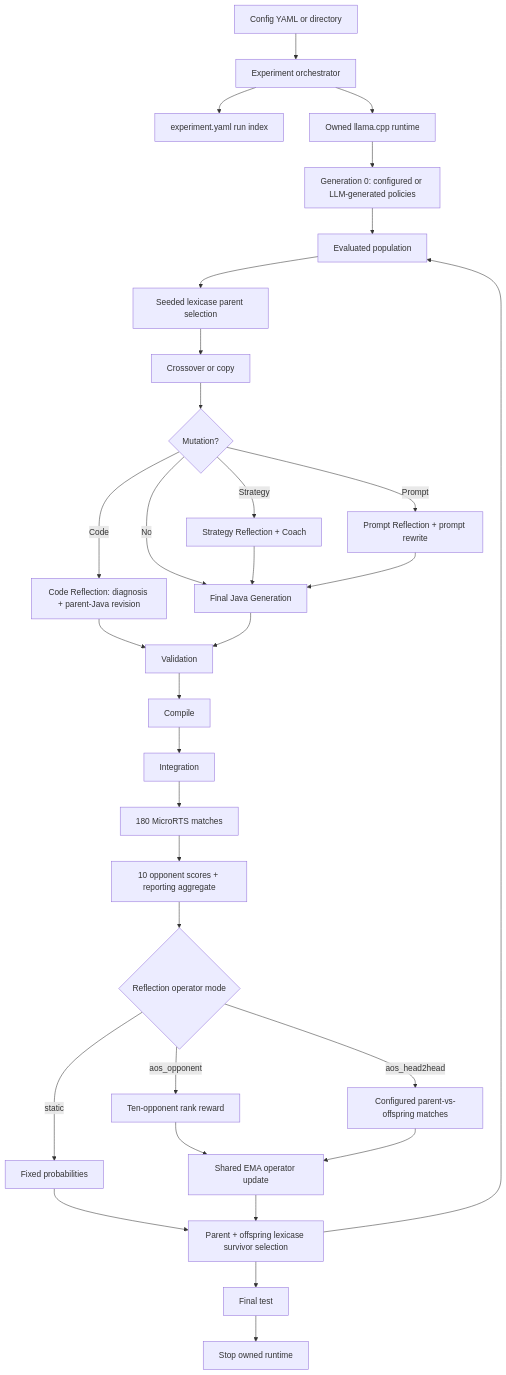
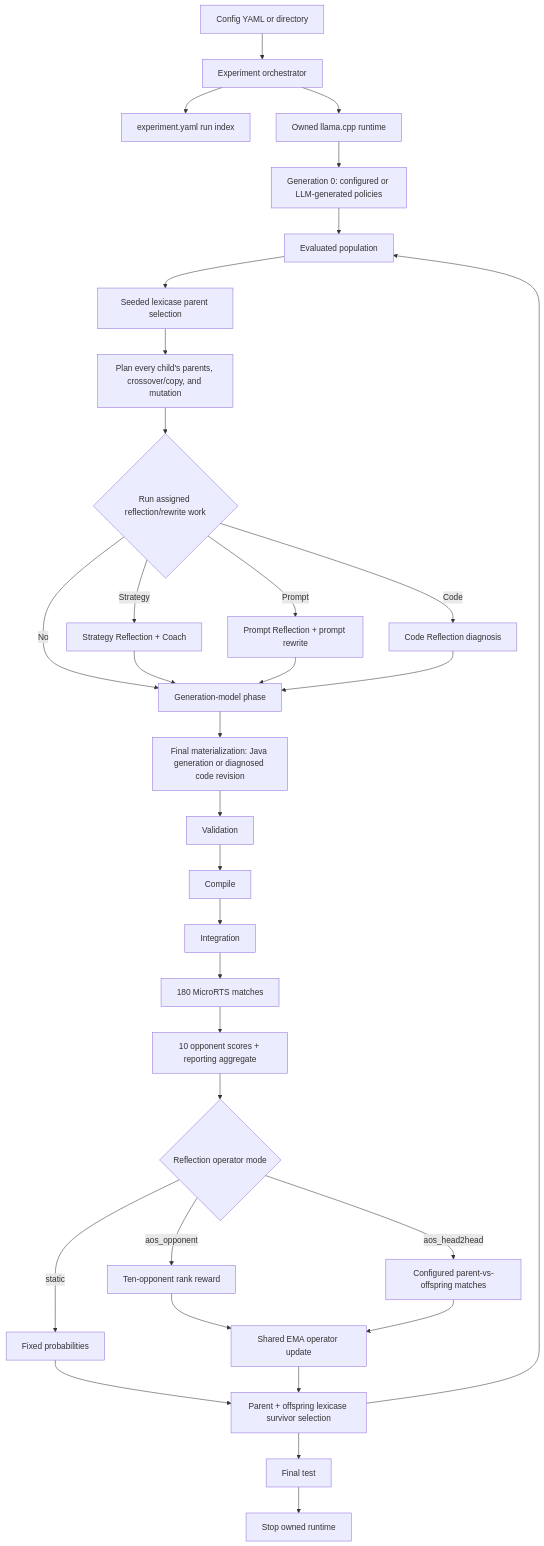
The diagram in docs/architecture/overview.md (sophie8909/EAGLE), drawn with Mermaid before and after one commit. The commit also changed other lines of this file and 30 other files, not shown here.

Commit message:
feat: stage generation-wide Java materialization

````diff
--- a/docs/architecture/overview.md
+++ b/docs/architecture/overview.md
@@ -25,31 +27,32 @@
 ```mermaid
 flowchart TD
     CFG["Config YAML or directory"] --> L["Experiment orchestrator"]
     L --> RI["experiment.yaml run index"]
     L --> RT["Owned llama.cpp runtime"]
     RT --> Z["Generation 0: configured or LLM-generated policies"]
     Z --> P
     P["Evaluated population"] --> S["Seeded lexicase parent selection"]
-    S --> X["Crossover or copy"]
-    X --> M{"Mutation?"}
+    S --> X["Plan every child's parents, crossover/copy, and mutation"]
+    X --> M{"Run assigned reflection/rewrite work"}
     M -->|Strategy| SR["Strategy Reflection + Coach"]
     M -->|Prompt| PR["Prompt Reflection + prompt rewrite"]
-    M -->|Code| CR["Code Reflection: diagnosis + parent-Java revision"]
-    M -->|No| G["Final Java Generation"]
-    SR --> G
-    PR --> G
-    CR --> V
+    M -->|Code| CR["Code Reflection diagnosis"]
+    M -->|No| SW["Generation-model phase"]
+    SR --> SW
+    PR --> SW
+    CR --> SW
+    SW --> G["Final materialization: Java generation or diagnosed code revision"]
     G --> V["Validation"] --> C["Compile"] --> I["Integration"]
     I --> E["180 MicroRTS matches"]
     E --> O["10 opponent scores + reporting aggregate"]
     O --> R{"Reflection operator mode"}
     R -->|static| F["Fixed probabilities"]
     R -->|aos_opponent| Q["Ten-opponent rank reward"]
     R -->|aos_head2head| H["Configured parent-vs-offspring matches"]
     Q --> A["Shared EMA operator update"]
     H --> A
     F --> N["Parent + offspring lexicase survivor selection"]
     A --> N --> P
     N --> FT["Final test"]
     FT --> CL["Stop owned runtime"]
 ```
````
